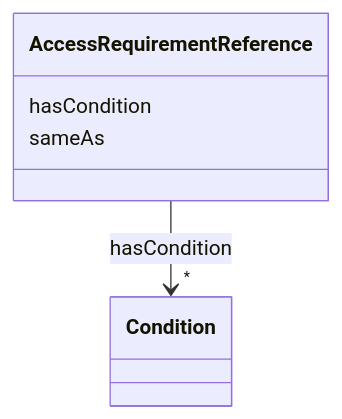
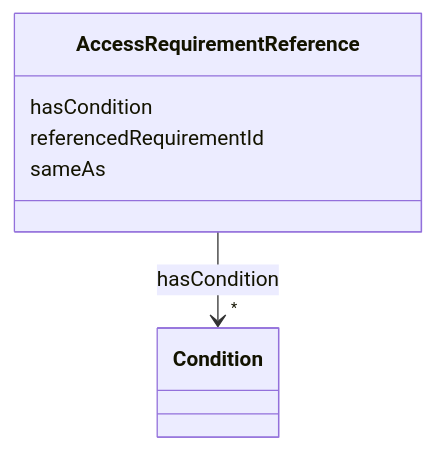
Before and after one commit to mc2-center/governanceDUO: the diagram in docs/reference/classes/AccessRequirementReference.md, drawn with Mermaid. The commit also changed other lines of this file and 6 other files, not shown here.

````diff
--- a/docs/reference/classes/AccessRequirementReference.md
+++ b/docs/reference/classes/AccessRequirementReference.md
@@ -23,19 +23,21 @@
 ```mermaid
  classDiagram
     class AccessRequirementReference
     click AccessRequirementReference href "../../classes/AccessRequirementReference/"
       AccessRequirementReference : hasCondition
         
           
     
         
         
         AccessRequirementReference --> "*" Condition : hasCondition
         click Condition href "../../classes/Condition/"
     
 
         
+      AccessRequirementReference : referencedRequirementId
+        
       AccessRequirementReference : sameAs
         
       
 ```
````
